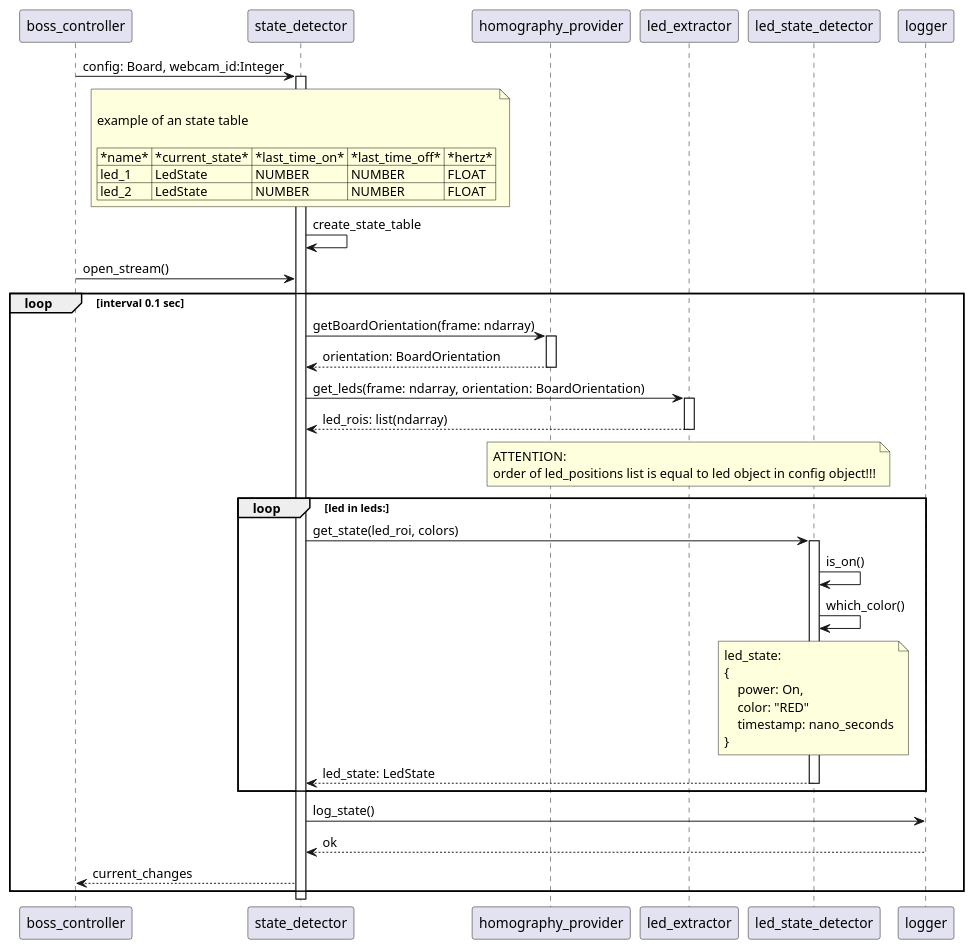
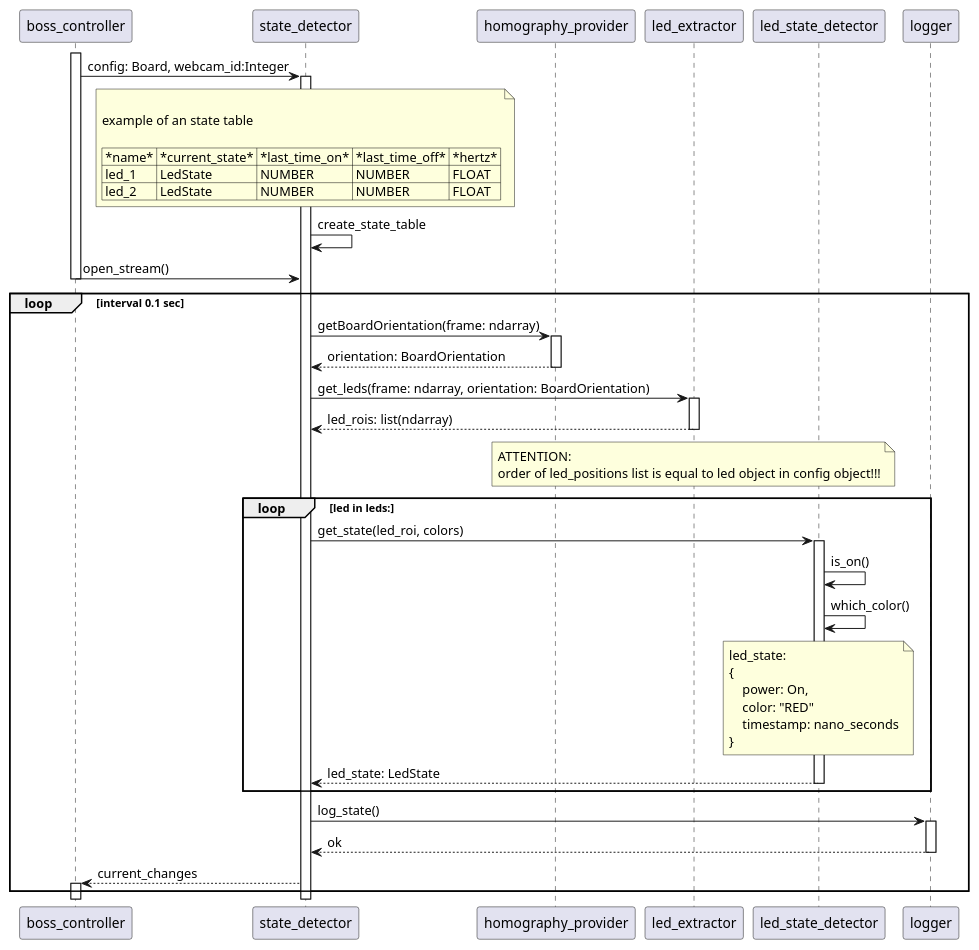
Before and after one commit to SE-Projekt-LED-Detection/LED-Detection: the diagram in docs/source/uml/State_Detector_Sequence.puml, drawn with PlantUML. The commit also changed 3 other files, not shown here.

```diff
--- a/docs/source/uml/State_Detector_Sequence.puml
+++ b/docs/source/uml/State_Detector_Sequence.puml
@@ -1,50 +1,55 @@
 @startuml
+activate boss_controller
 boss_controller -> state_detector: config: Board, webcam_id:Integer
 note over state_detector
 
      example of an state table
 
      | *name* | *current_state* | *last_time_on* | *last_time_off* | *hertz* |
      | led_1 | LedState | NUMBER | NUMBER | FLOAT |
      | led_2 | LedState | NUMBER | NUMBER | FLOAT |
 end note
 activate state_detector
 state_detector -> state_detector: create_state_table
 boss_controller -> state_detector: open_stream()
+deactivate boss_controller
 loop interval 0.1 sec
     state_detector -> homography_provider: getBoardOrientation(frame: ndarray)
     activate homography_provider
     homography_provider --> state_detector: orientation: BoardOrientation
     deactivate homography_provider
     state_detector -> led_extractor: get_leds(frame: ndarray, orientation: BoardOrientation)
     activate led_extractor
     led_extractor --> state_detector: led_rois: list(ndarray)
     deactivate led_extractor
     note over led_extractor
         ATTENTION: 
         order of led_positions list is equal to led object in config object!!!
     end note
     loop led in leds:
         state_detector -> led_state_detector: get_state(led_roi, colors)
         activate led_state_detector
         led_state_detector -> led_state_detector: is_on()
         led_state_detector -> led_state_detector: which_color()
         note over led_state_detector
             led_state: 
             {
                 power: On,
                 color: "RED"
                 timestamp: nano_seconds
             }
         end note
         led_state_detector --> state_detector: led_state: LedState
         deactivate led_state_detector
     end
     state_detector -> logger: log_state()
+    activate logger
     logger --> state_detector: ok
+    deactivate logger
     state_detector --> boss_controller: current_changes
+    activate boss_controller
 end
 
 
 
 @enduml
```
